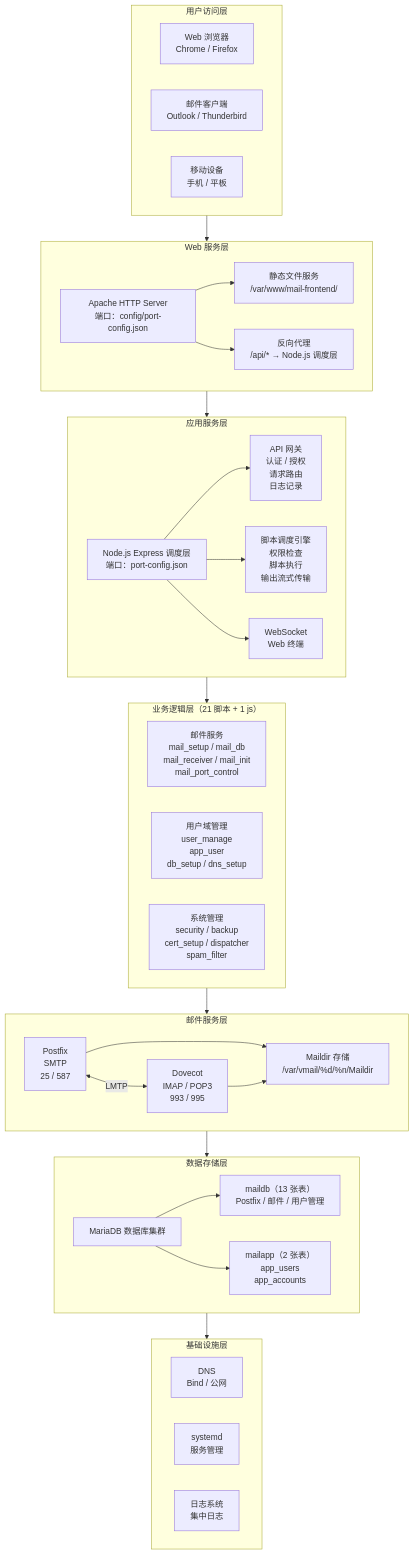
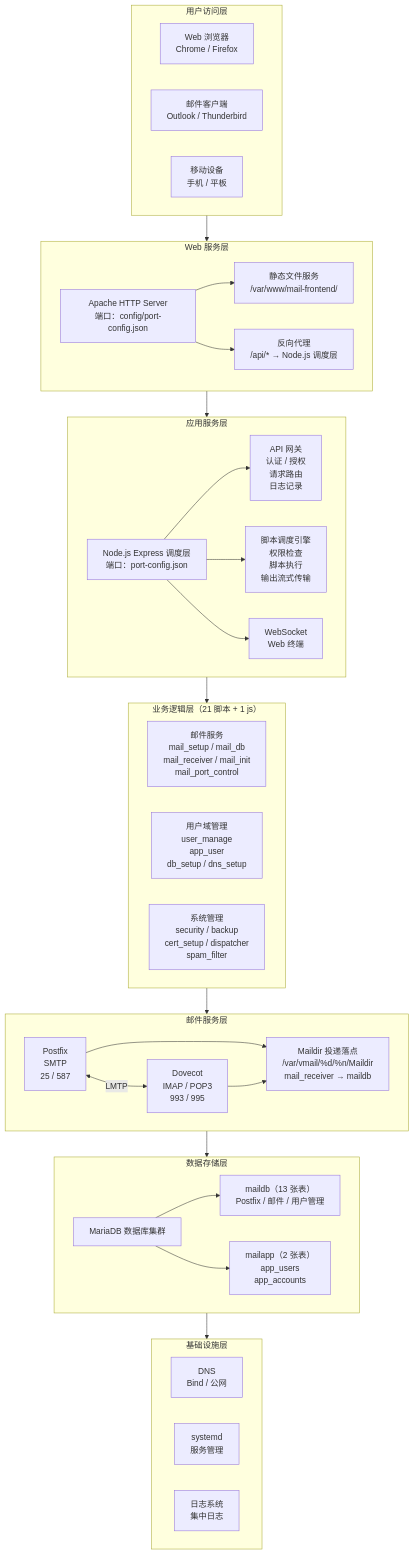
One commit to xm666xm666/XM-mail changed the diagram in README.md. Above: the diagram before and after it, drawn with Mermaid. The commit also changed other lines of this file, not shown here.

````diff
--- a/README.md
+++ b/README.md
@@ -122,71 +124,71 @@
 ```mermaid
 flowchart TB
     %% ===== 用户访问层 =====
     subgraph U["用户访问层"]
         U1["Web 浏览器<br/>Chrome / Firefox"]
         U2["邮件客户端<br/>Outlook / Thunderbird"]
         U3["移动设备<br/>手机 / 平板"]
     end
 
     %% ===== Web 服务层 =====
     subgraph W["Web 服务层"]
         W1["Apache HTTP Server<br/>端口：config/port-config.json"]
         W1a["静态文件服务<br/>/var/www/mail-frontend/"]
         W1b["反向代理<br/>/api/* → Node.js 调度层"]
         W1 --> W1a
         W1 --> W1b
     end
 
     %% ===== 应用服务层 =====
     subgraph A["应用服务层"]
         A1["Node.js Express 调度层<br/>端口：port-config.json"]
         A1a["API 网关<br/>认证 / 授权<br/>请求路由<br/>日志记录"]
         A1b["脚本调度引擎<br/>权限检查<br/>脚本执行<br/>输出流式传输"]
         A1c["WebSocket<br/>Web 终端"]
         A1 --> A1a
         A1 --> A1b
         A1 --> A1c
     end
 
     %% ===== 业务逻辑层 =====
     subgraph B["业务逻辑层（21 脚本 + 1 js）"]
         B1["邮件服务<br/>mail_setup / mail_db<br/>mail_receiver / mail_init<br/>mail_port_control"]
         B2["用户域管理<br/>user_manage<br/>app_user<br/>db_setup / dns_setup"]
         B3["系统管理<br/>security / backup<br/>cert_setup / dispatcher<br/>spam_filter"]
     end
 
     %% ===== 邮件服务层 =====
     subgraph M["邮件服务层"]
         M1["Postfix<br/>SMTP<br/>25 / 587"]
         M2["Dovecot<br/>IMAP / POP3<br/>993 / 995"]
-        M3["Maildir 存储<br/>/var/vmail/%d/%n/Maildir"]
+        M3["Maildir 投递落点<br/>/var/vmail/%d/%n/Maildir<br/>mail_receiver → maildb"]
         M1 <-->|LMTP| M2
         M1 --> M3
         M2 --> M3
     end
 
     %% ===== 数据存储层 =====
     subgraph D["数据存储层"]
         D1["MariaDB 数据库集群"]
         D1a["maildb（13 张表）<br/>Postfix / 邮件 / 用户管理"]
         D1b["mailapp（2 张表）<br/>app_users<br/>app_accounts"]
         D1 --> D1a
         D1 --> D1b
     end
 
     %% ===== 基础设施层 =====
     subgraph I["基础设施层"]
         I1["DNS<br/>Bind / 公网"]
         I2["systemd<br/>服务管理"]
         I3["日志系统<br/>集中日志"]
     end
 
     %% ===== 层级关系 =====
     U --> W
     W --> A
     A --> B
     B --> M
     M --> D
     D --> I
 
 ```
````
